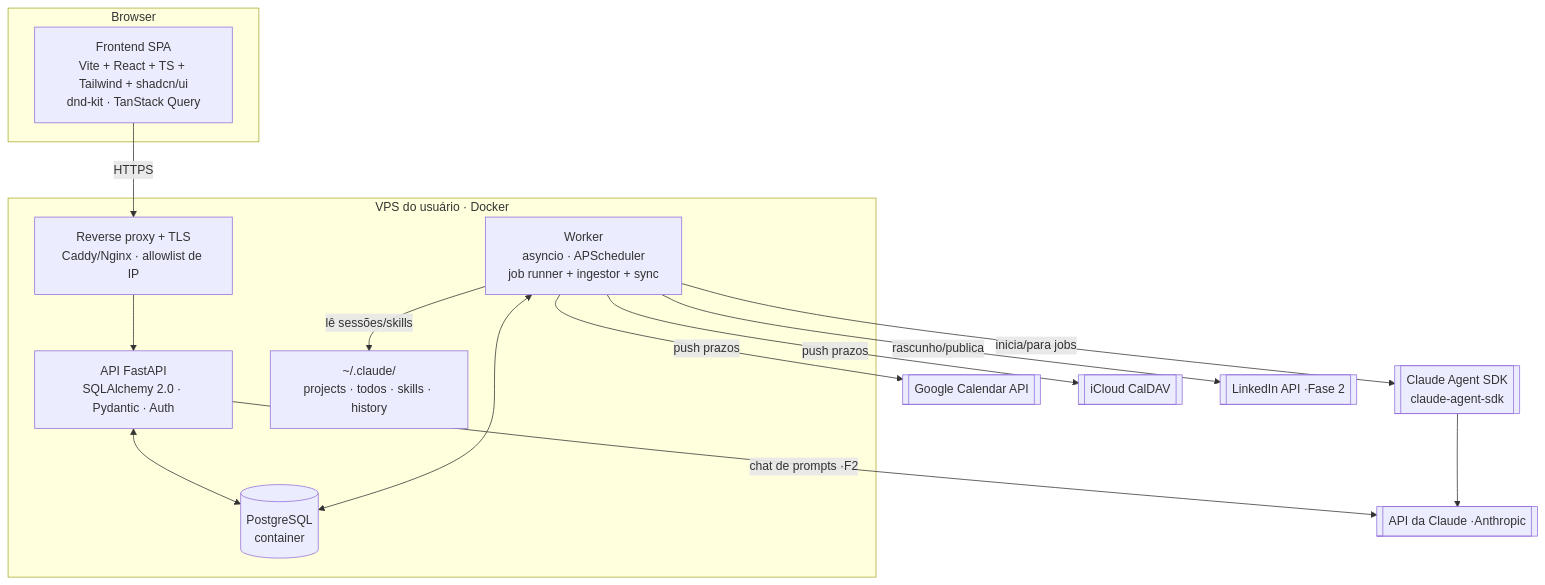
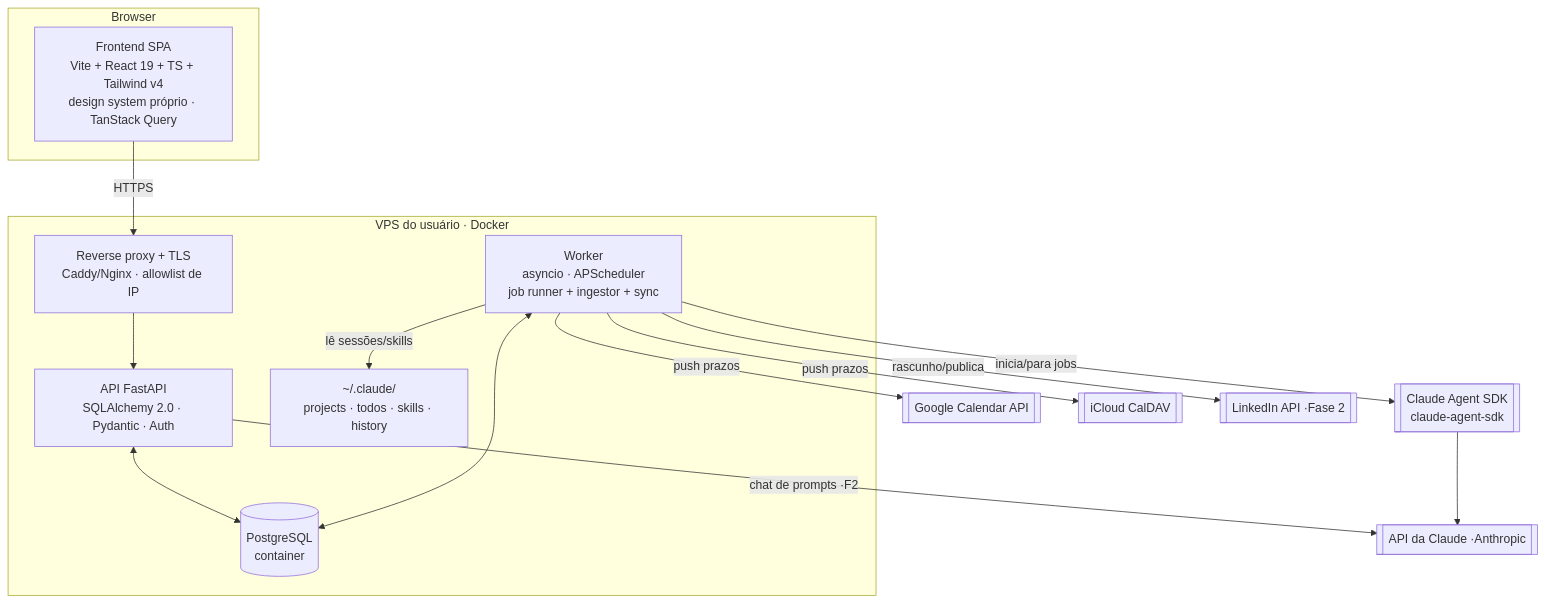
The diagram in docs/ARCHITECTURE.md (ARTHURpvn/work-hub), drawn with Mermaid before and after one commit. The commit also changed other lines of this file and 3 other files, not shown here.

First line of the commit message:
docs(design): atualiza DESIGN_SYSTEM e LAYOUT_COMPONENTS para o sistema atual + fix links de projeto

````diff
--- a/docs/ARCHITECTURE.md
+++ b/docs/ARCHITECTURE.md
@@ -5,30 +5,30 @@
 ```mermaid
 graph TB
     subgraph Browser
-      FE[Frontend SPA<br/>Vite + React + TS + Tailwind + shadcn/ui<br/>dnd-kit · TanStack Query]
+      FE[Frontend SPA<br/>Vite + React 19 + TS + Tailwind v4<br/>design system próprio · TanStack Query]
     end
 
     subgraph VPS [VPS do usuário · Docker]
       RP[Reverse proxy + TLS<br/>Caddy/Nginx · allowlist de IP]
       API[API FastAPI<br/>SQLAlchemy 2.0 · Pydantic · Auth]
       WK[Worker<br/>asyncio · APScheduler<br/>job runner + ingestor + sync]
       DB[(PostgreSQL<br/>container)]
       CCLAUDE[~/.claude/<br/>projects · todos · skills · history]
     end
 
     SDK[[Claude Agent SDK<br/>claude-agent-sdk]]
     GC[[Google Calendar API]]
     ICAL[[iCloud CalDAV]]
     LI[[LinkedIn API ·Fase 2]]
     ANTH[[API da Claude ·Anthropic]]
 
     FE -->|HTTPS| RP --> API
     API <--> DB
     WK <--> DB
     WK -->|lê sessões/skills| CCLAUDE
     WK -->|inicia/para jobs| SDK --> ANTH
     WK -->|push prazos| GC
     WK -->|push prazos| ICAL
     WK -->|rascunho/publica| LI
     API -->|chat de prompts ·F2| ANTH
 ```
````
